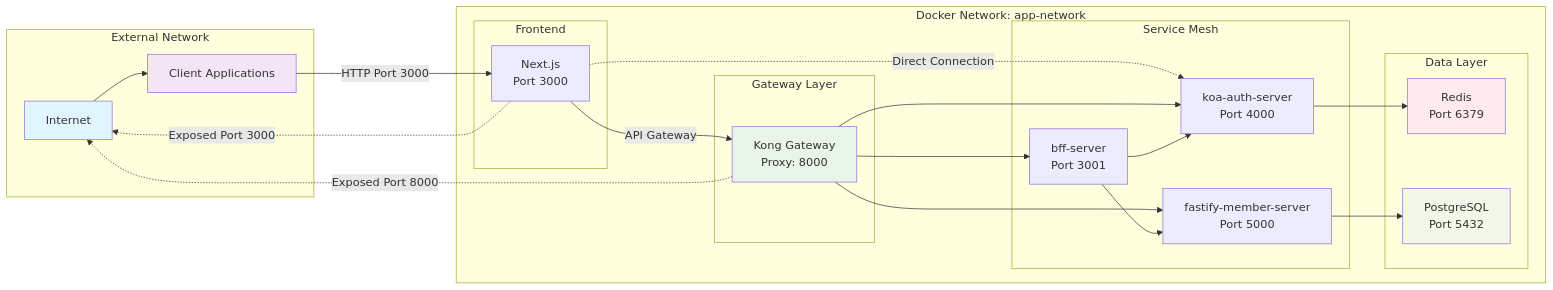
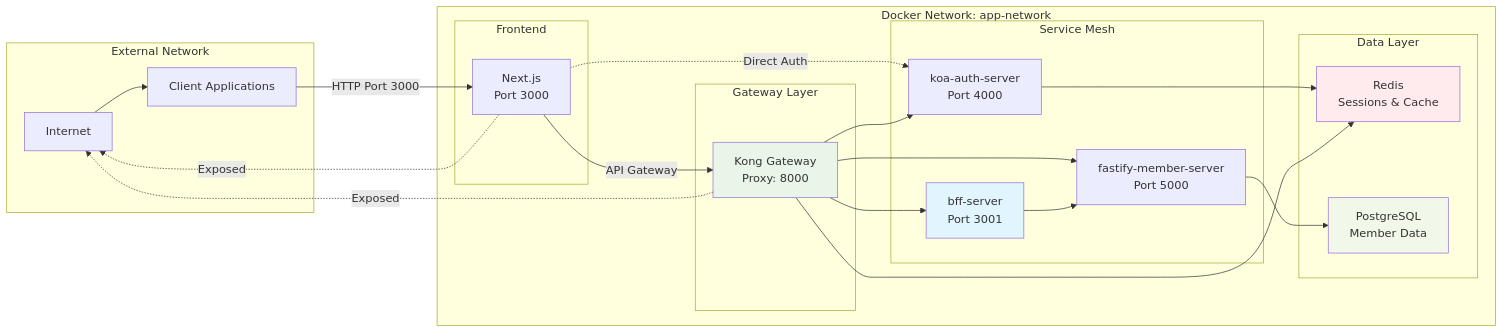
The fourth of 4 diagrams in README.md (kwonbongsoo/rehabilitationTreatment), drawn with Mermaid before and after one commit. The commit also changed other lines of this file, not shown here.

Commit message:
fixed: port description

````diff
--- a/README.md
+++ b/README.md
@@ -262,55 +275,57 @@
 ```mermaid
 graph LR
     subgraph "External Network"
         Internet[Internet]
         Client[Client Applications]
     end
 
     subgraph "Docker Network: app-network"
         subgraph "Frontend"
             NextJS[Next.js<br/>Port 3000]
         end
 
         subgraph "Gateway Layer"
             Kong[Kong Gateway<br/>Proxy: 8000]
         end
 
         subgraph "Service Mesh"
             Auth[koa-auth-server<br/>Port 4000]
             Member[fastify-member-server<br/>Port 5000]
             BFF[bff-server<br/>Port 3001]
         end
 
         subgraph "Data Layer"
-            Redis[Redis<br/>Port 6379]
-            PostgreSQL[PostgreSQL<br/>Port 5432]
+            Redis[Redis<br/>Sessions & Cache]
+            PostgreSQL[PostgreSQL<br/>Member Data]
         end
     end
 
     %% External connections
     Internet --> Client
     Client -->|HTTP Port 3000| NextJS
 
     %% Internal network connections
-    NextJS -.->|Direct Connection| Auth
+    NextJS -.->|Direct Auth| Auth
     NextJS -->|API Gateway| Kong
 
     Kong --> BFF
     Kong --> Auth
     Kong --> Member
 
+    %% BFF connections (데이터 집계만)
+    BFF --> Member
+
+    %% Data connections
     Auth --> Redis
     Member --> PostgreSQL
-    BFF --> Auth
-    BFF --> Member
+    Kong --> Redis
 
     %% Port exposure
-    NextJS -.->|Exposed Port 3000| Internet
-    Kong -.->|Exposed Port 8000| Internet
+    NextJS -.->|Exposed| Internet
+    Kong -.->|Exposed| Internet
 
-    style Internet fill:#e1f5fe
-    style Client fill:#f3e5f5
     style Kong fill:#e8f5e8
+    style BFF fill:#e1f5fe
     style Redis fill:#ffebee
     style PostgreSQL fill:#f1f8e9
 ```
````
